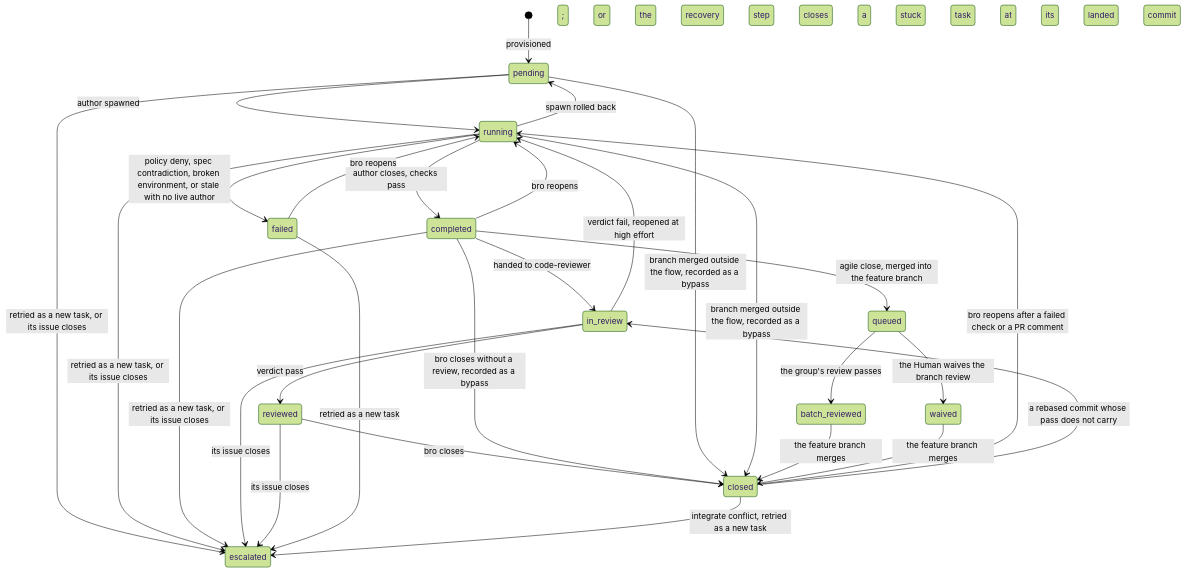
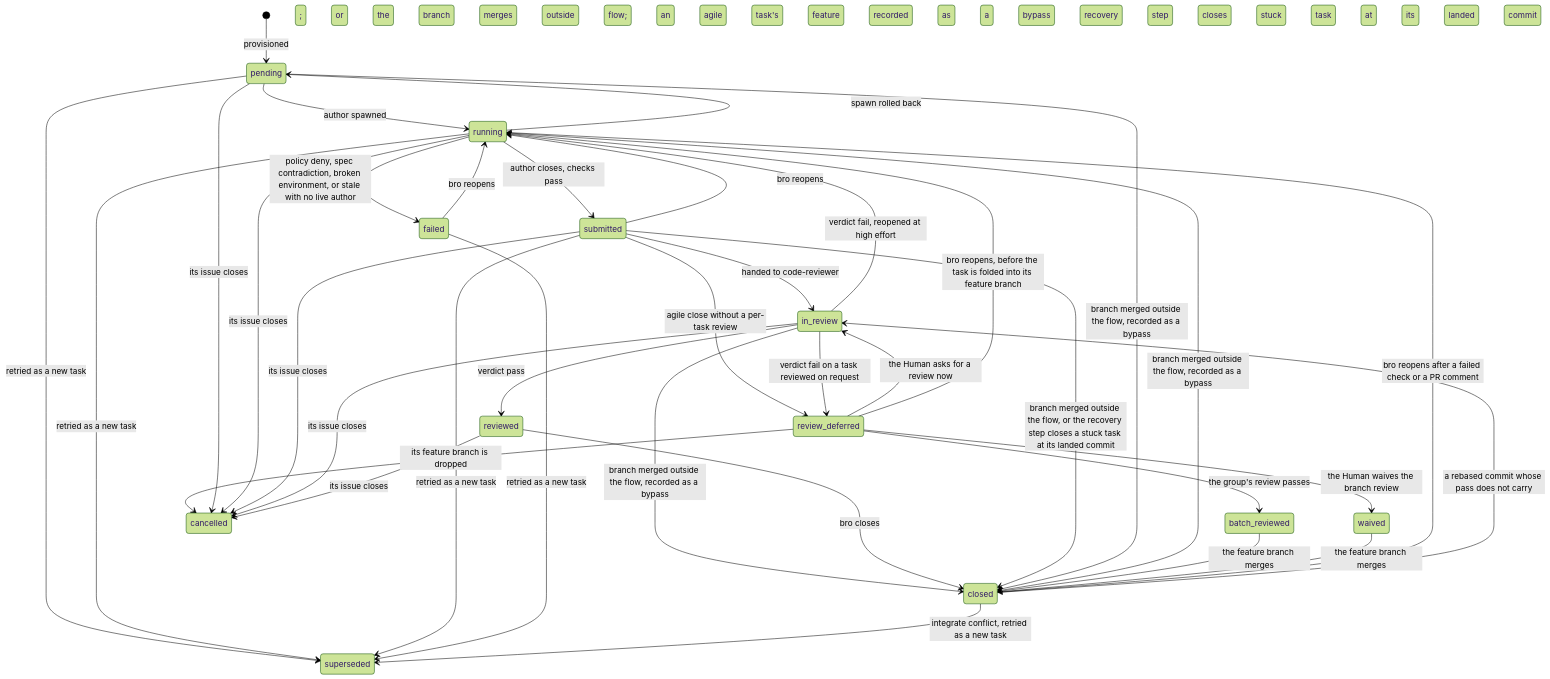
The fifth of 5 diagrams in docs/architecture/TASKS.md (trustmybot/plugin), drawn with Mermaid (forest theme) before and after one commit. The commit also changed other lines of this file and 6 other files, not shown here.

First line of the commit message:
📝 docs(schema): planned schema v75 and the task lifecycle it enforces (GH 3224) (#3251)

````diff
--- a/docs/architecture/TASKS.md
+++ b/docs/architecture/TASKS.md
@@ -133,31 +140,39 @@
 ```mermaid
 stateDiagram-v2
     [*] --> pending: provisioned
     pending --> running: author spawned
     running --> pending: spawn rolled back
-    running --> completed: author closes, checks pass
+    running --> submitted: author closes, checks pass
     running --> failed: policy deny, spec contradiction, broken environment, or stale with no live author
-    completed --> in_review: handed to code-reviewer
+    submitted --> in_review: handed to code-reviewer
     in_review --> reviewed: verdict pass
     in_review --> running: verdict fail, reopened at high effort
-    reviewed --> closed: bro closes
-    completed --> closed: bro closes without a review, recorded as a bypass
+    in_review --> closed: branch merged outside the flow, recorded as a bypass
+    reviewed --> closed: bro closes; or the branch merges outside the flow; or an agile task's feature branch merges
+    submitted --> closed: branch merged outside the flow, or the recovery step closes a stuck task at its landed commit; recorded as a bypass
     pending --> closed: branch merged outside the flow, recorded as a bypass; or the recovery step closes a stuck task at its landed commit
     running --> closed: branch merged outside the flow, recorded as a bypass
-    completed --> queued: agile close, merged into the feature branch
-    queued --> batch_reviewed: the group's review passes
-    queued --> waived: the Human waives the branch review
+    submitted --> review_deferred: agile close without a per-task review
+    review_deferred --> batch_reviewed: the group's review passes
+    review_deferred --> waived: the Human waives the branch review
+    review_deferred --> in_review: the Human asks for a review now
+    review_deferred --> running: bro reopens, before the task is folded into its feature branch
+    in_review --> review_deferred: verdict fail on a task reviewed on request
+    review_deferred --> cancelled: its feature branch is dropped
     batch_reviewed --> closed: the feature branch merges
     waived --> closed: the feature branch merges
-    completed --> running: bro reopens
+    submitted --> running: bro reopens
     failed --> running: bro reopens
     closed --> running: bro reopens after a failed check or a PR comment
     closed --> in_review: a rebased commit whose pass does not carry
-    pending --> escalated: retried as a new task, or its issue closes
-    running --> escalated: retried as a new task, or its issue closes
-    completed --> escalated: retried as a new task, or its issue closes
-    in_review --> escalated: its issue closes
-    reviewed --> escalated: its issue closes
-    failed --> escalated: retried as a new task
-    closed --> escalated: integrate conflict, retried as a new task
+    pending --> superseded: retried as a new task
+    running --> superseded: retried as a new task
+    submitted --> superseded: retried as a new task
+    failed --> superseded: retried as a new task
+    closed --> superseded: integrate conflict, retried as a new task
+    pending --> cancelled: its issue closes
+    running --> cancelled: its issue closes
+    submitted --> cancelled: its issue closes
+    in_review --> cancelled: its issue closes
+    reviewed --> cancelled: its issue closes
 ```
````
